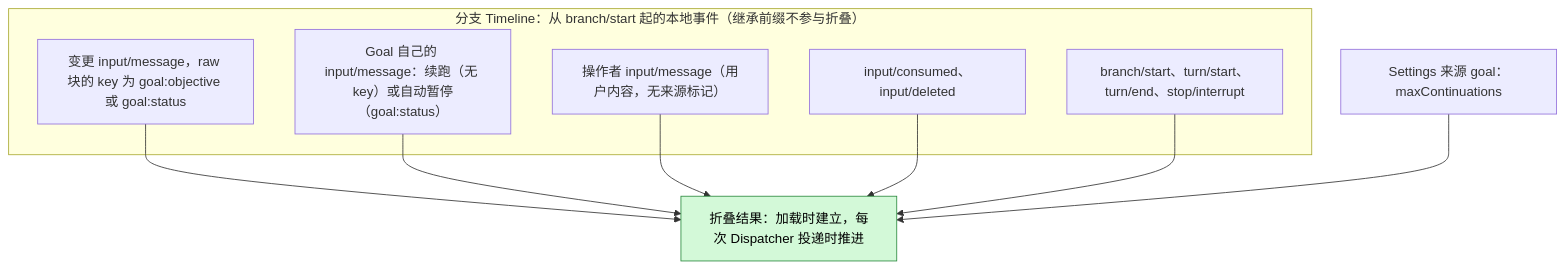
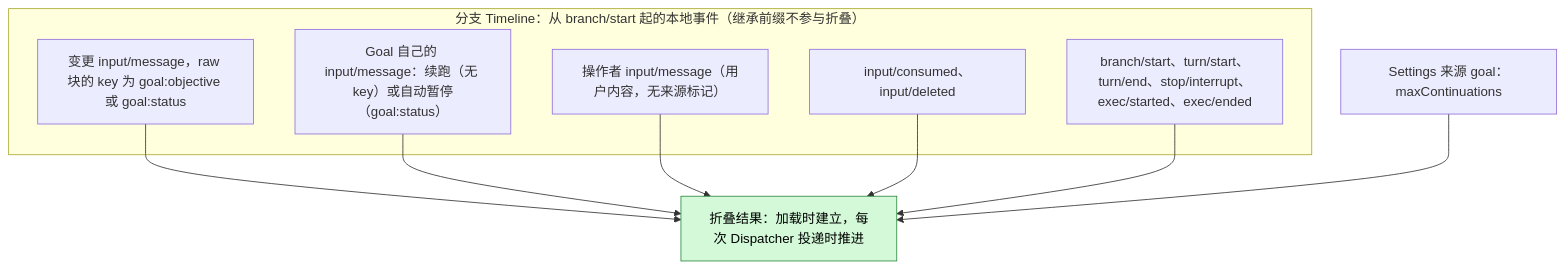
One commit to CoutinhoTTS/dim-agent changed the second of 7 diagrams in docs/zh/design/plugins/Goal.md. Above: the diagram before and after it, drawn with Mermaid. The commit also changed other lines of this file and 9 other files, not shown here.

````diff
--- a/docs/zh/design/plugins/Goal.md
+++ b/docs/zh/design/plugins/Goal.md
@@ -49,19 +49,19 @@
 ```mermaid
 flowchart TB
   subgraph TLB["分支 Timeline：从 branch/start 起的本地事件（继承前缀不参与折叠）"]
     GBK["变更 input/message，raw 块的 key 为 goal:objective 或 goal:status"]
     CI["Goal 自己的 input/message：续跑（无 key）或自动暂停（goal:status）"]
     OI["操作者 input/message（用户内容，无来源标记）"]
     IC["input/consumed、input/deleted"]
-    TE["branch/start、turn/start、turn/end、stop/interrupt"]
+    TE["branch/start、turn/start、turn/end、stop/interrupt、exec/started、exec/ended"]
   end
   CFG["Settings 来源 goal：maxContinuations"]
   VIEW["折叠结果：加载时建立，每次 Dispatcher 投递时推进"]:::new
   GBK --> VIEW
   CI --> VIEW
   OI --> VIEW
   IC --> VIEW
   TE --> VIEW
   CFG --> VIEW
   classDef new fill:#d3f9d8,stroke:#2b8a3e,color:#000
 ```
````
